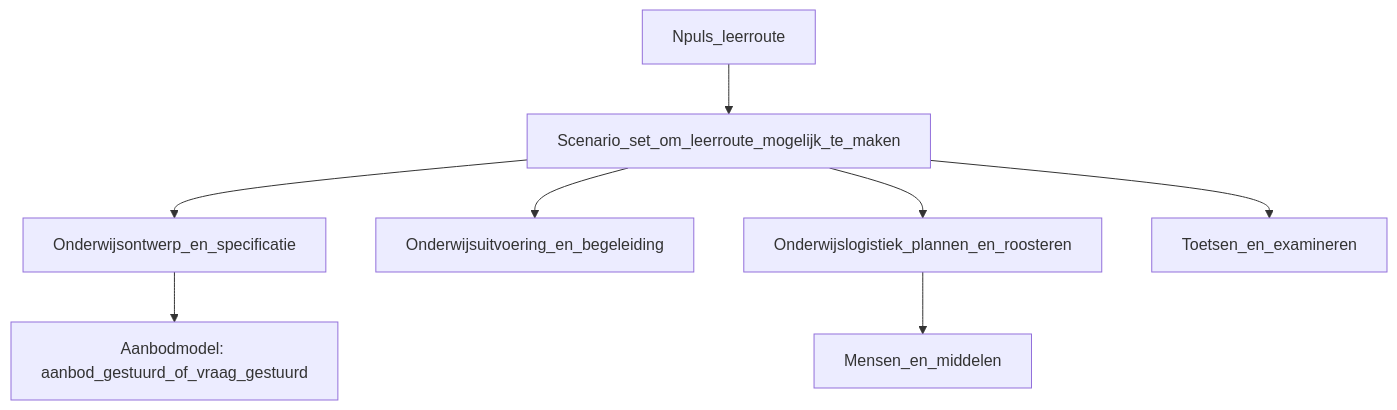
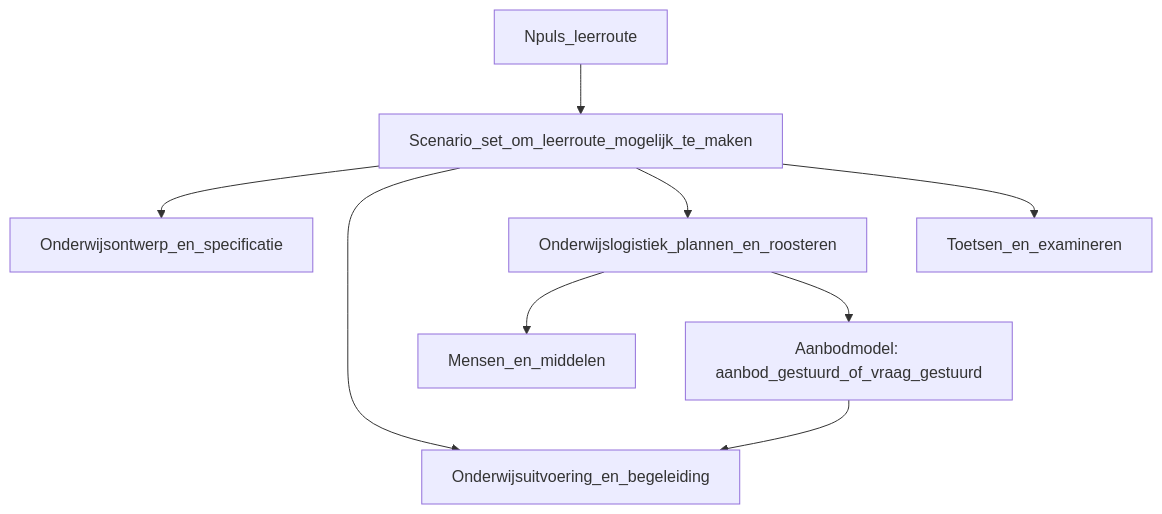
Before and after one commit to Npuls-OKx/sector-context-documentatie: the fourth of 35 diagrams in architecture/docs/specificatie/okx-oeapi-consumer-profiel/doc/20260501_Specificatie_document_OKx_OEAPI_profiel.md, drawn with Mermaid. The commit also changed other lines of this file, not shown here.

````diff
--- a/architecture/docs/specificatie/okx-oeapi-consumer-profiel/doc/20260501_Specificatie_document_OKx_OEAPI_profiel.md
+++ b/architecture/docs/specificatie/okx-oeapi-consumer-profiel/doc/20260501_Specificatie_document_OKx_OEAPI_profiel.md
@@ -233,10 +233,11 @@
 ```mermaid
 flowchart TD
   route[Npuls_leerroute] --> scenarioSet[Scenario_set_om_leerroute_mogelijk_te_maken]
   scenarioSet --> ontwerp[Onderwijsontwerp_en_specificatie]
   scenarioSet --> uitvoering[Onderwijsuitvoering_en_begeleiding]
   scenarioSet --> logistiek[Onderwijslogistiek_plannen_en_roosteren]
   scenarioSet --> toetsing[Toetsen_en_examineren]
   logistiek --> resources[Mensen_en_middelen]
-  ontwerp --> aanbodModel[Aanbodmodel: aanbod_gestuurd_of_vraag_gestuurd]
+  logistiek --> aanbodModel[Aanbodmodel: aanbod_gestuurd_of_vraag_gestuurd]
+  aanbodModel --> uitvoering
 ```
````
